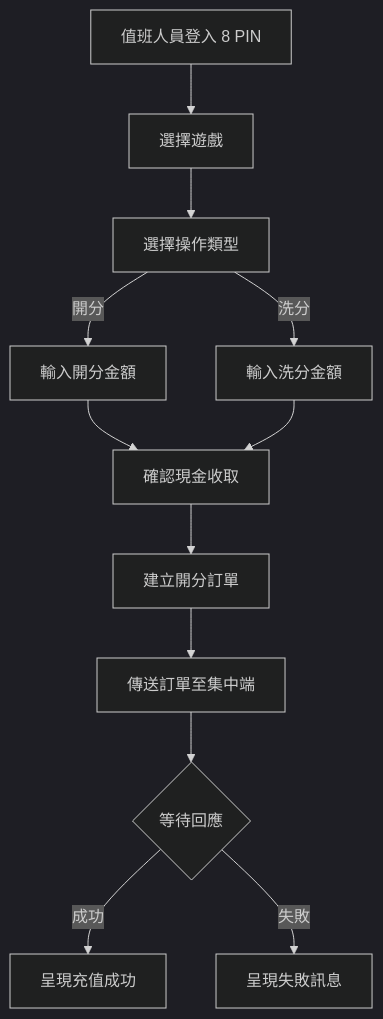
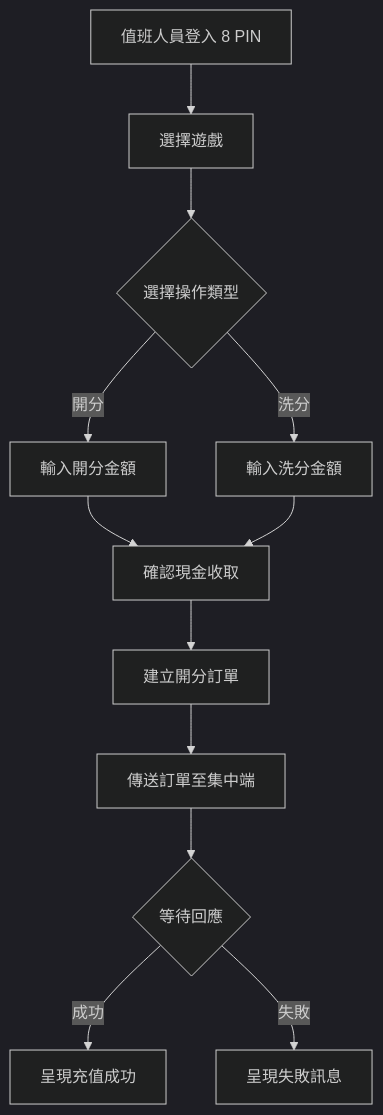
One commit to dimx9173/project_game changed the diagram in md/v8/feature_docs/local/[LM03]遊戲管理/[L11]開分洗分.md. Above: the diagram before and after it, drawn with Mermaid (dark theme). The commit also changed 2 other files, not shown here.

Commit message:
docs: 同步修正獨立文件 [L05, L06, L11] 流程圖為標準語法以增強渲染相容性

````diff
--- a/md/v8/feature_docs/local/[LM03]遊戲管理/[L11]開分洗分.md
+++ b/md/v8/feature_docs/local/[LM03]遊戲管理/[L11]開分洗分.md
@@ -24,14 +24,26 @@
 ```mermaid
 flowchart TD
-    A[值班人員登入 8 PIN] --> B[選擇遊戲]
-    B --> C[選擇操作類型]
-    C -->|開分| D[輸入開分金額]
-    C -->|洗分| E[輸入洗分金額]
-    D --> F[確認現金收取]
+    A["值班人員登入 8 PIN"]
+    B["選擇遊戲"]
+    C{"選擇操作類型"}
+    D["輸入開分金額"]
+    E["輸入洗分金額"]
+    F["確認現金收取"]
+    G["建立開分訂單"]
+    H["傳送訂單至集中端"]
+    I{"等待回應"}
+    J["呈現充值成功"]
+    K["呈現失敗訊息"]
+
+    A --> B
+    B --> C
+    C -->|"開分"| D
+    C -->|"洗分"| E
+    D --> F
     E --> F
-    F --> G[建立開分訂單]
-    G --> H[傳送訂單至集中端]
-    H --> I{等待回應}
-    I -->|成功| J[呈現充值成功]
-    I -->|失敗| K[呈現失敗訊息]
+    F --> G
+    G --> H
+    H --> I
+    I -->|"成功"| J
+    I -->|"失敗"| K
 ```
````
